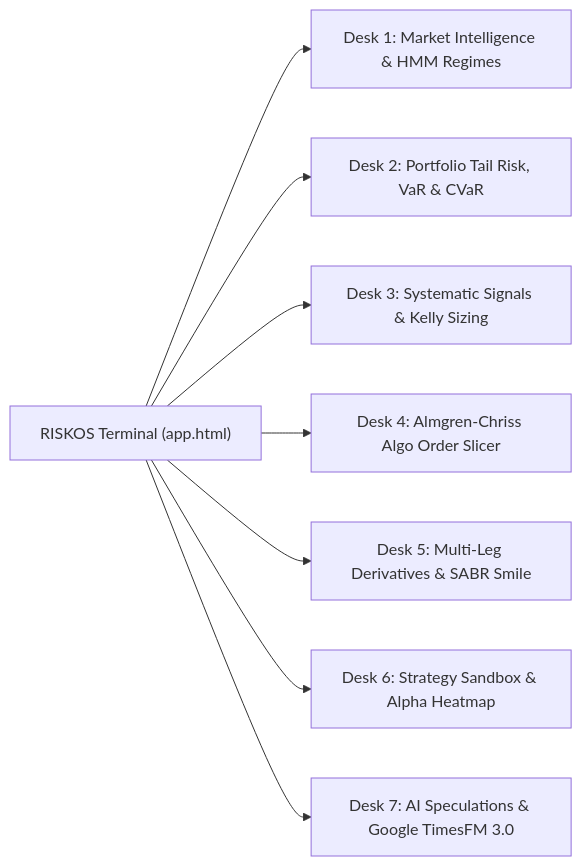
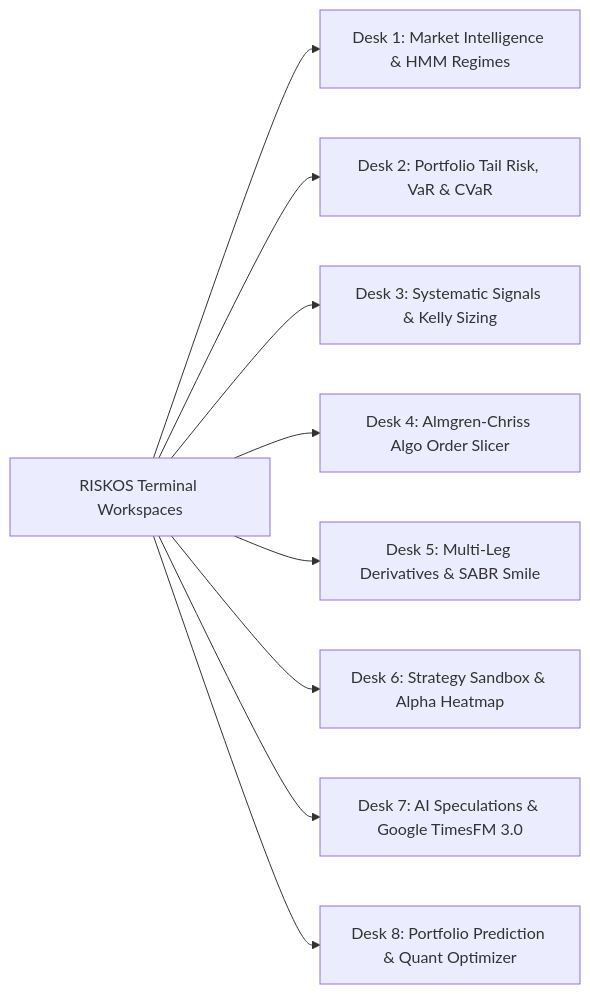
One commit to Premchandyadav369/RISKOS changed the eighth of 8 diagrams in README.md. Above: the diagram before and after it, drawn with Mermaid. The commit also changed other lines of this file and 3 other files, not shown here.

Commit message:
docs: expand master README with 7 Mermaid architecture diagrams, complete 52 labs catalog, and integrate latest quant features into learn labs

````diff
--- a/README.md
+++ b/README.md
@@ -96,11 +306,12 @@
 ```mermaid
 graph LR
-    Terminal["RISKOS Terminal (app.html)"]
+    Terminal["RISKOS Terminal Workspaces"]
     Terminal --> D1["Desk 1: Market Intelligence & HMM Regimes"]
     Terminal --> D2["Desk 2: Portfolio Tail Risk, VaR & CVaR"]
     Terminal --> D3["Desk 3: Systematic Signals & Kelly Sizing"]
     Terminal --> D4["Desk 4: Almgren-Chriss Algo Order Slicer"]
     Terminal --> D5["Desk 5: Multi-Leg Derivatives & SABR Smile"]
     Terminal --> D6["Desk 6: Strategy Sandbox & Alpha Heatmap"]
     Terminal --> D7["Desk 7: AI Speculations & Google TimesFM 3.0"]
+    Terminal --> D8["Desk 8: Portfolio Prediction & Quant Optimizer"]
 ```
````
